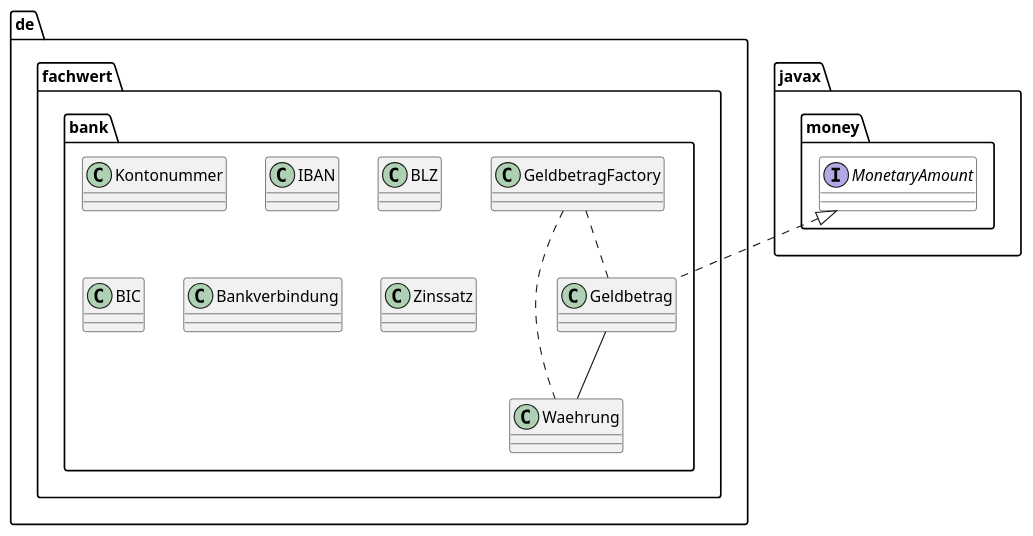
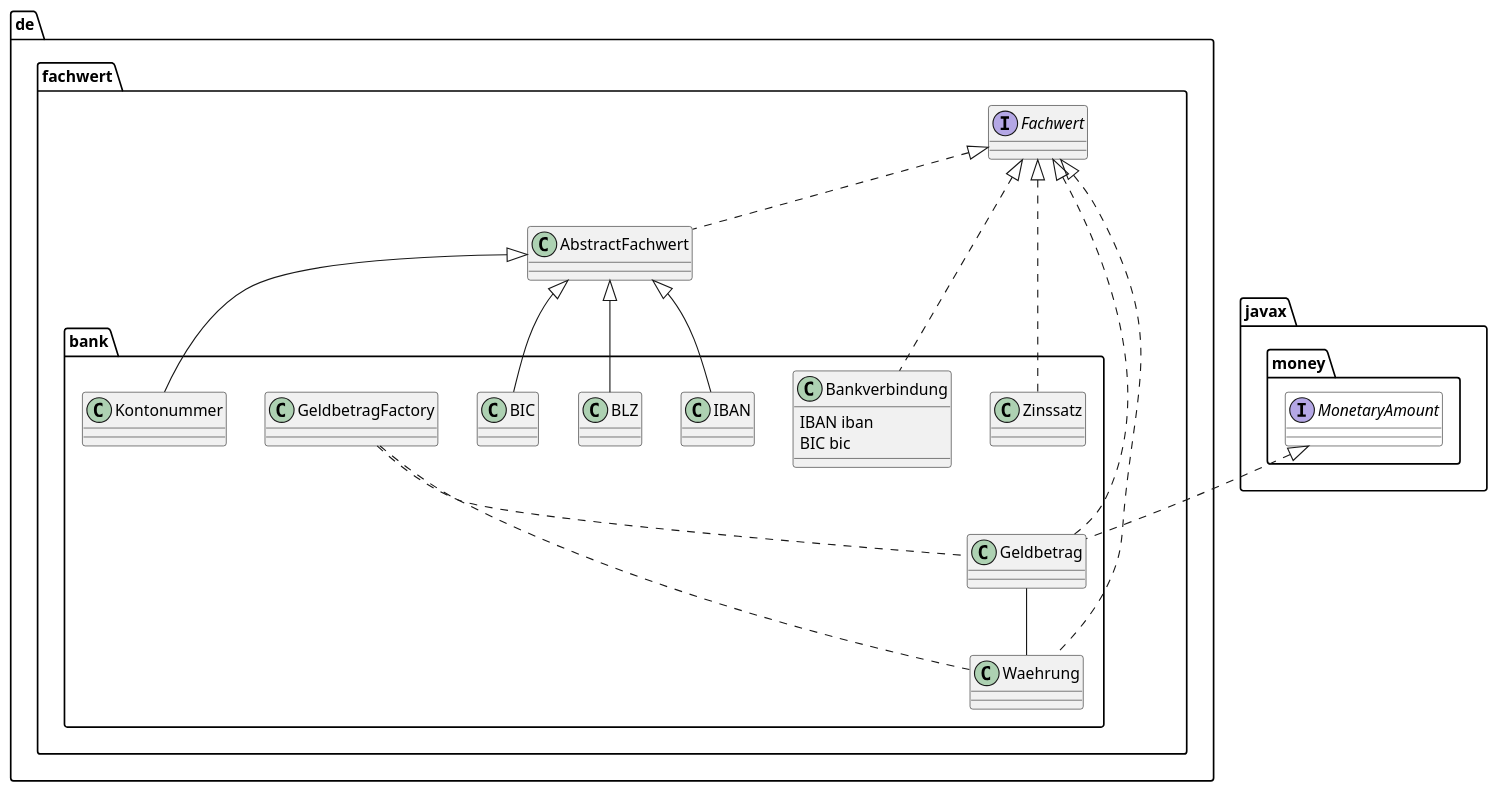
Before and after one commit to oboehm/jfachwert: the diagram in src/main/asciidoc/images/package-bank.puml, drawn with PlantUML.

Commit message:
Diagramm um Oberklasse + Interface ergänzt

```diff
--- a/src/main/asciidoc/images/package-bank.puml
+++ b/src/main/asciidoc/images/package-bank.puml
@@ -1,24 +1,45 @@
 @startuml
+
+package "de.fachwert" {
+
+    interface Fachwert
+    class AbstractFachwert
+
+}
 
 package "de.fachwert.bank" {
 
     class Kontonummer
     class IBAN
     class BLZ
     class BIC
-    class Bankverbindung
+    class Bankverbindung {
+        IBAN iban
+        BIC bic
+    }
     class Geldbetrag
     class GeldbetragFactory
     class Waehrung
     class Zinssatz
 
 }
+
+Fachwert <|.. AbstractFachwert
+
+AbstractFachwert <|-- Kontonummer
+AbstractFachwert <|-- IBAN
+AbstractFachwert <|-- BLZ
+AbstractFachwert <|-- BIC
+Fachwert <|.. Bankverbindung
+Fachwert <|.. Geldbetrag
+Fachwert <|.. Waehrung
+Fachwert <|.. Zinssatz
 
 interface javax.money.MonetaryAmount #white
 
 javax.money.MonetaryAmount <|.. Geldbetrag
 Geldbetrag -- Waehrung
 GeldbetragFactory .. Geldbetrag
 GeldbetragFactory .. Waehrung
 
 @enduml
```
